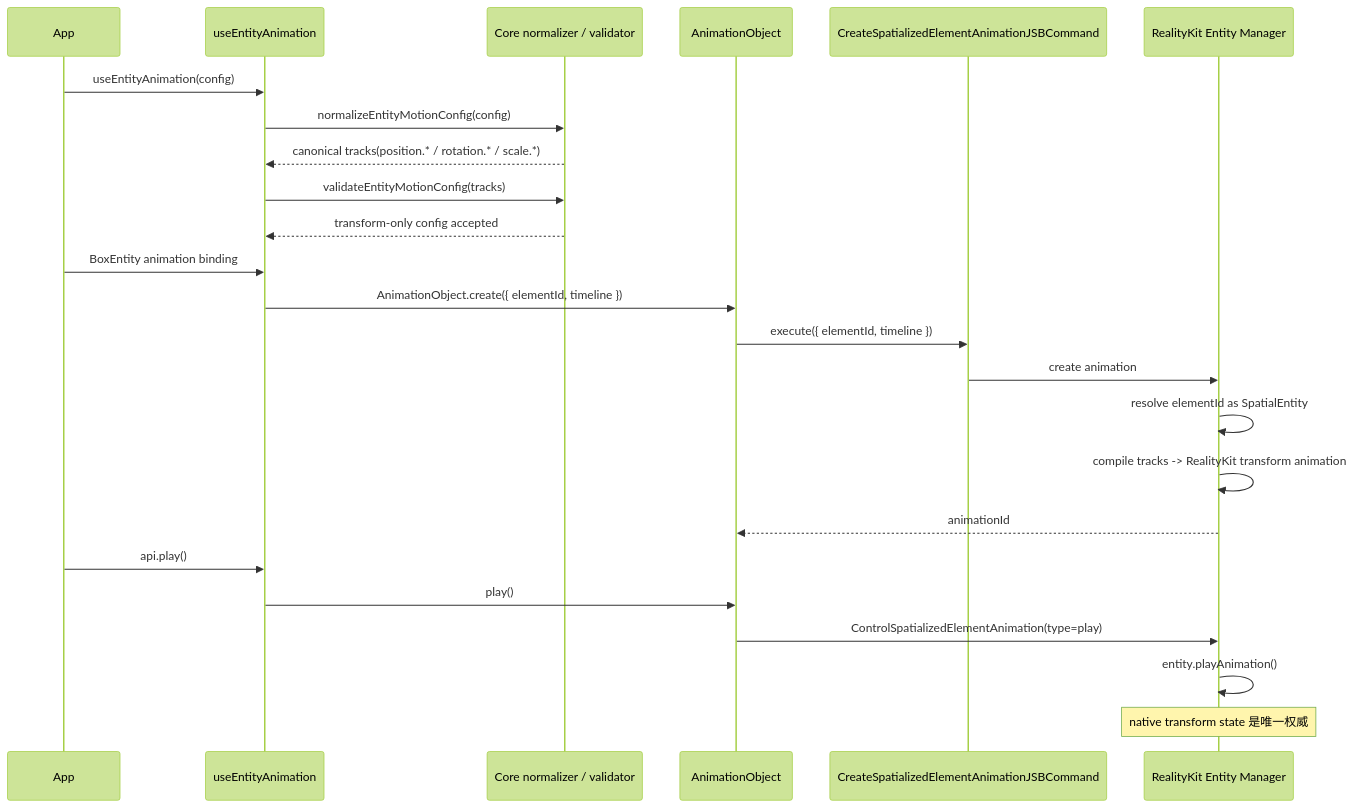
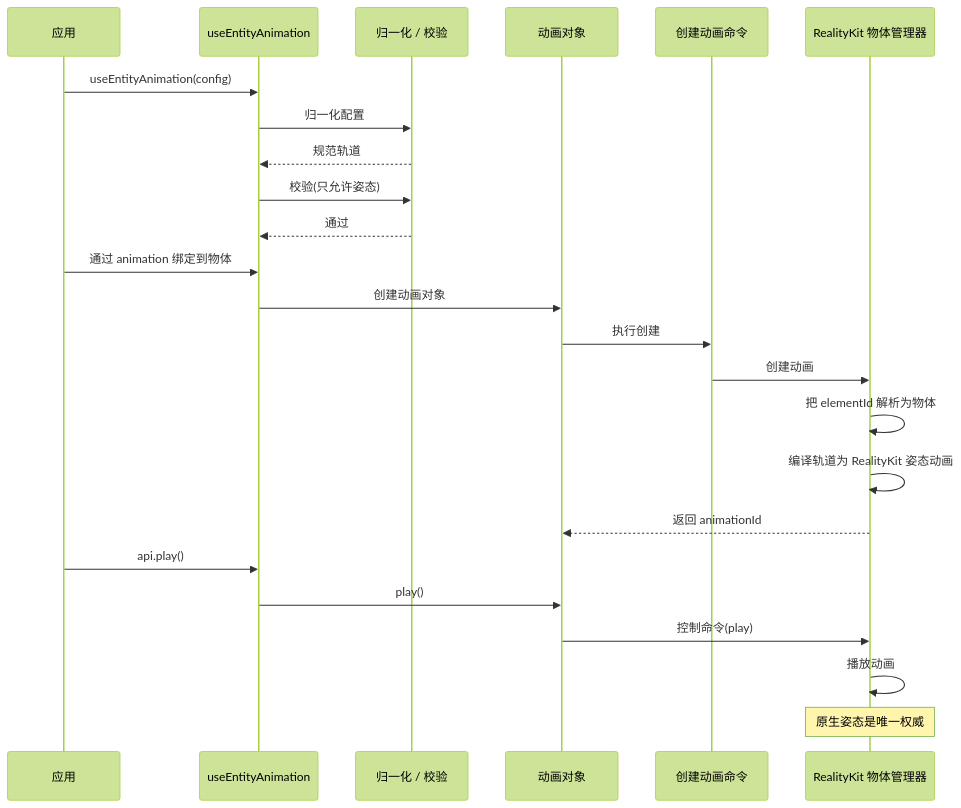
Before and after one commit to webspatial/webspatial-sdk: the second of 11 diagrams in openspec/changes/redesign-entity-motion-api/design.zh.md, drawn with Mermaid (forest theme). The commit also changed other lines of this file and 7 other files, not shown here.

````diff
--- a/openspec/changes/redesign-entity-motion-api/design.zh.md
+++ b/openspec/changes/redesign-entity-motion-api/design.zh.md
@@ -232,27 +290,27 @@
 ```mermaid
 sequenceDiagram
-    participant App
+    participant App as 应用
     participant Hook as useEntityAnimation
-    participant Core as Core normalizer / validator
-    participant Obj as AnimationObject
-    participant JSB as CreateSpatializedElementAnimationJSBCommand
-    participant Native as RealityKit Entity Manager
+    participant Core as 归一化 / 校验
+    participant Obj as 动画对象
+    participant JSB as 创建动画命令
+    participant Native as RealityKit 物体管理器
 
     App->>Hook: useEntityAnimation(config)
-    Hook->>Core: normalizeEntityMotionConfig(config)
-    Core-->>Hook: canonical tracks(position.* / rotation.* / scale.*)
-    Hook->>Core: validateEntityMotionConfig(tracks)
-    Core-->>Hook: transform-only config accepted
-    App->>Hook: BoxEntity animation binding
-    Hook->>Obj: AnimationObject.create({ elementId, timeline })
-    Obj->>JSB: execute({ elementId, timeline })
-    JSB->>Native: create animation
-    Native->>Native: resolve elementId as SpatialEntity
-    Native->>Native: compile tracks -> RealityKit transform animation
-    Native-->>Obj: animationId
+    Hook->>Core: 归一化配置
+    Core-->>Hook: 规范轨道
+    Hook->>Core: 校验(只允许姿态)
+    Core-->>Hook: 通过
+    App->>Hook: 通过 animation 绑定到物体
+    Hook->>Obj: 创建动画对象
+    Obj->>JSB: 执行创建
+    JSB->>Native: 创建动画
+    Native->>Native: 把 elementId 解析为物体
+    Native->>Native: 编译轨道为 RealityKit 姿态动画
+    Native-->>Obj: 返回 animationId
     App->>Hook: api.play()
     Hook->>Obj: play()
-    Obj->>Native: ControlSpatializedElementAnimation(type=play)
-    Native->>Native: entity.playAnimation()
-    Note over Native: native transform state 是唯一权威
+    Obj->>Native: 控制命令(play)
+    Native->>Native: 播放动画
+    Note over Native: 原生姿态是唯一权威
 ```
````
